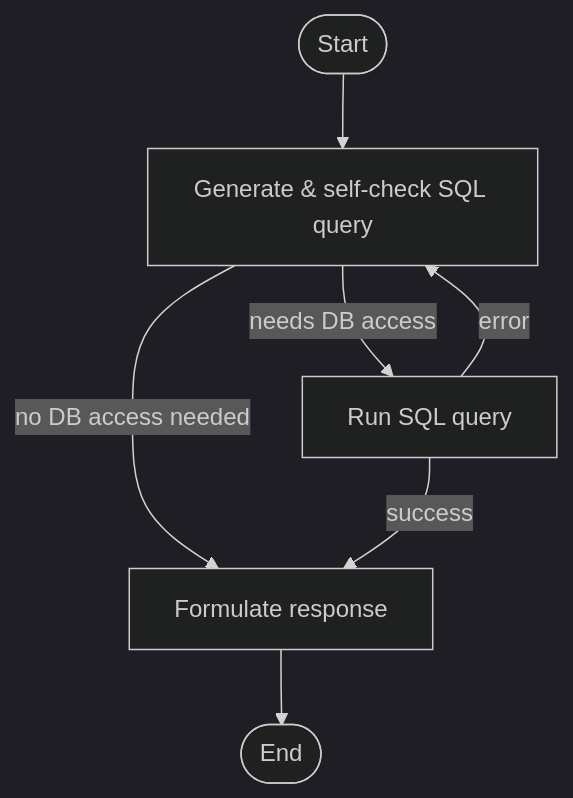
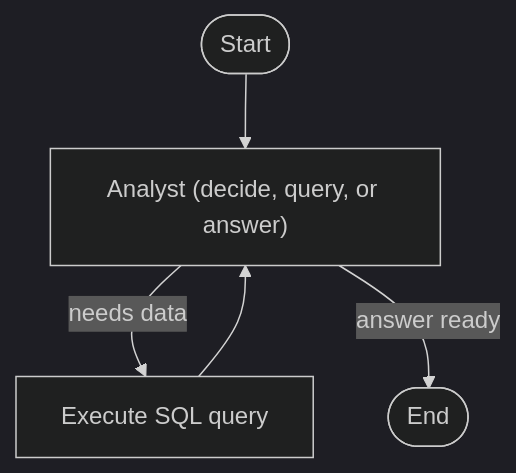
Before and after one commit to crong12/expense-tracker-tele-bot: the diagram in README.md, drawn with Mermaid (dark theme). The commit also changed other lines of this file and 4 other files, not shown here.

````diff
--- a/README.md
+++ b/README.md
@@ -95,13 +95,10 @@
 ```mermaid
 graph TD
-    START([Start]) --> query_gen
+    start_node([Start]) --> analyst
 
-    query_gen["Generate & self-check SQL query"]
-    query_gen -->|needs DB access| execute_query["Run SQL query"]
-    query_gen -->|no DB access needed| answer_query["Formulate response"]
+    analyst["Analyst (decide, query, or answer)"]
+    analyst -->|needs data| tools["Execute SQL query"]
+    analyst -->|answer ready| end_node([End])
 
-    execute_query -->|success| answer_query
-    execute_query -->|error| query_gen
-
-    answer_query --> END([End])
+    tools --> analyst
 ```
````
